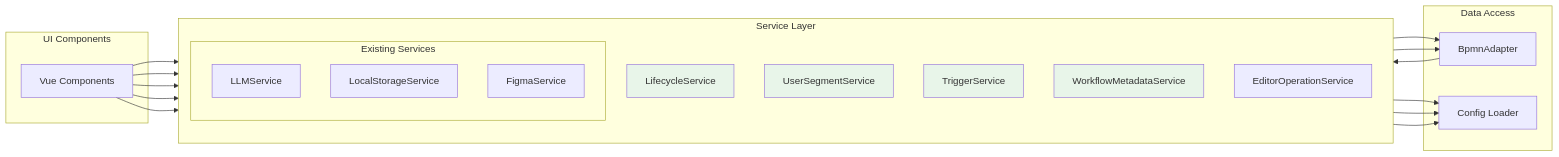
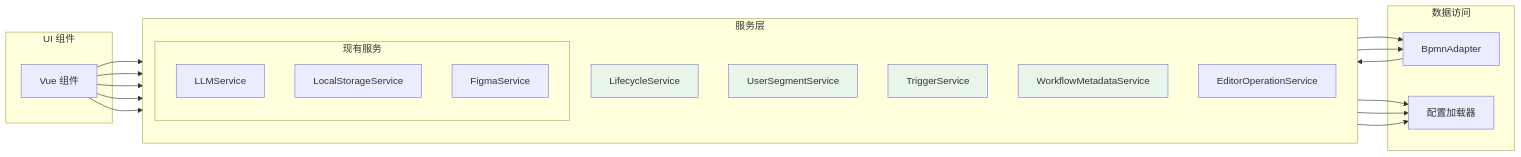
Before and after one commit to liushuai0109/workflow-engine: the fourth of 14 diagrams in openspec/changes/archive/2025-12-19-add-lifecycle-operations-foundation/ARCHITECTURE.md, drawn with Mermaid. The commit also changed other lines of this file and 12 other files, not shown here.

````diff
--- a/openspec/changes/archive/2025-12-19-add-lifecycle-operations-foundation/ARCHITECTURE.md
+++ b/openspec/changes/archive/2025-12-19-add-lifecycle-operations-foundation/ARCHITECTURE.md
@@ -158,47 +158,47 @@
 ```mermaid
 graph LR
-    subgraph "UI Components"
-        Comp[Vue Components]
+    subgraph "UI 组件"
+        Comp[Vue 组件]
     end
 
-    subgraph "Service Layer"
+    subgraph "服务层"
         direction TB
 
         LS[LifecycleService]
         SS[UserSegmentService]
         TS[TriggerService]
         MS[WorkflowMetadataService]
         EOS[EditorOperationService]
 
-        subgraph "Existing Services"
+        subgraph "现有服务"
             LLM[LLMService]
             LocalStore[LocalStorageService]
             Figma[FigmaService]
         end
     end
 
-    subgraph "Data Access"
+    subgraph "数据访问"
         Adapter[BpmnAdapter]
-        Config[Config Loader]
+        Config[配置加载器]
     end
 
     Comp --> LS
     Comp --> SS
     Comp --> TS
     Comp --> MS
     Comp --> EOS
 
     LS --> Config
     SS --> Config
     TS --> Config
 
     EOS --> Adapter
     MS --> Adapter
 
     Adapter --> LocalStore
 
     style LS fill:#e8f5e9
     style SS fill:#e8f5e9
     style TS fill:#e8f5e9
     style MS fill:#e8f5e9
 ```
````
